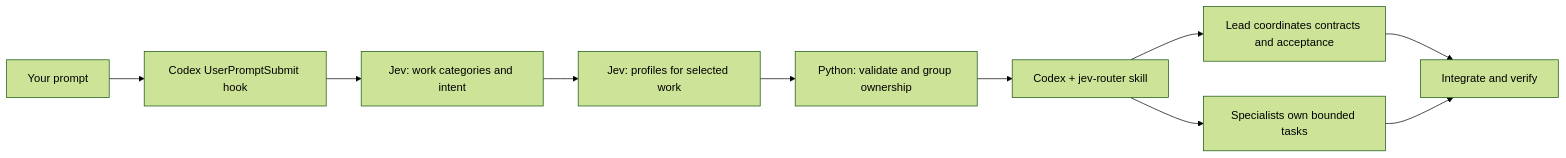
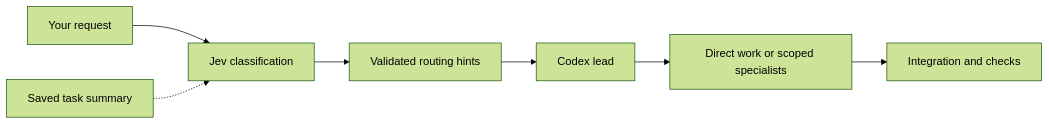
The diagram in README.md (Madikhan33/jev_codex), drawn with Mermaid (forest theme) before and after one commit. The commit also changed other lines of this file and 22 other files, not shown here.

````diff
--- a/README.md
+++ b/README.md
@@ -135,12 +108,9 @@
 ```mermaid
 flowchart LR
-    A[Your prompt] --> B[Codex UserPromptSubmit hook]
-    B --> C[Jev: work categories and intent]
-    C --> D[Jev: profiles for selected work]
-    D --> E[Python: validate and group ownership]
-    E --> F[Codex + jev-router skill]
-    F --> G[Lead coordinates contracts and acceptance]
-    F --> H[Specialists own bounded tasks]
-    G --> I[Integrate and verify]
-    H --> I
+    A[Your request] --> B[Jev classification]
+    C[Saved task summary] -.-> B
+    B --> D[Validated routing hints]
+    D --> E[Codex lead]
+    E --> F[Direct work or scoped specialists]
+    F --> G[Integration and checks]
 ```
````
